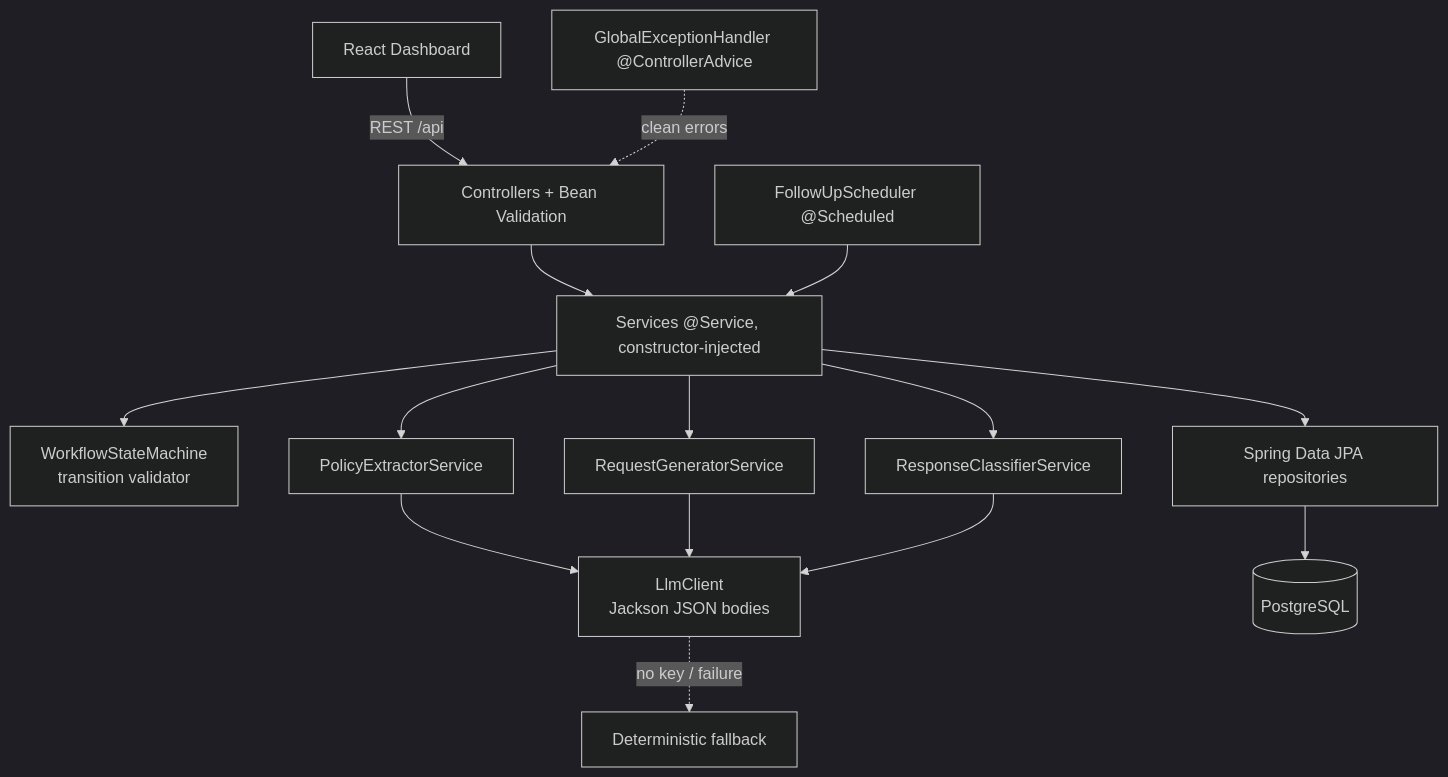
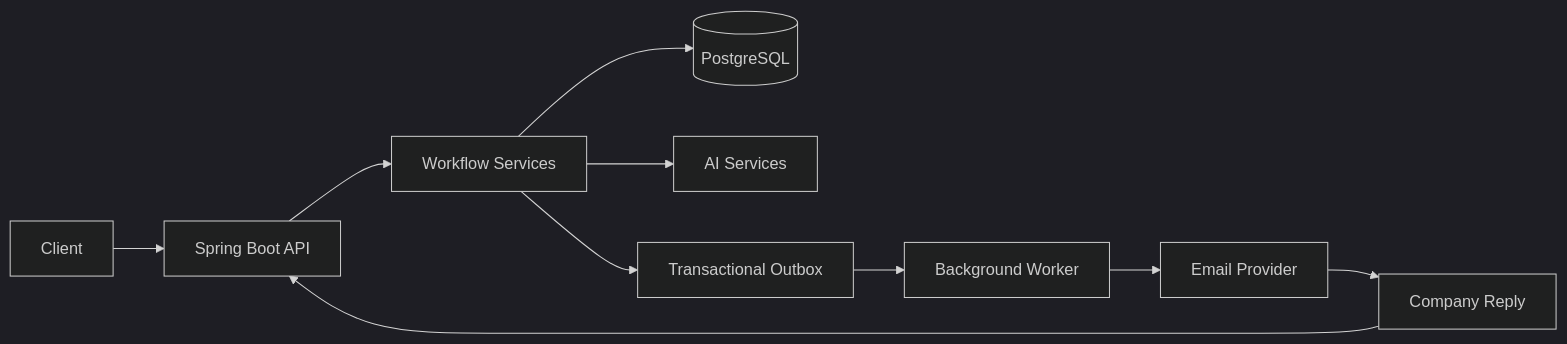
One commit to siyaadutta/privacy-pilot changed the diagram in README.md. Above: the diagram before and after it, drawn with Mermaid (dark theme). The commit also changed other lines of this file, not shown here.

````diff
--- a/README.md
+++ b/README.md
@@ -40,17 +24,14 @@
 ```mermaid
-flowchart TD
-    UI[React Dashboard] -->|REST /api| C[Controllers + Bean Validation]
-    C --> SVC[Services @Service, constructor-injected]
-    SVC --> SM[WorkflowStateMachine<br/>transition validator]
-    SVC --> AI1[PolicyExtractorService]
-    SVC --> AI2[RequestGeneratorService]
-    SVC --> AI3[ResponseClassifierService]
-    AI1 --> LLM[LlmClient<br/>Jackson JSON bodies]
-    AI2 --> LLM
-    AI3 --> LLM
-    LLM -.no key / failure.-> FB[Deterministic fallback]
-    SVC --> REPO[Spring Data JPA repositories]
-    REPO --> PG[(PostgreSQL)]
-    SCHED[FollowUpScheduler @Scheduled] --> SVC
-    GEH[GlobalExceptionHandler @ControllerAdvice] -.clean errors.-> C
+flowchart LR
+    Client --> API[Spring Boot API]
+    API --> Service[Workflow Services]
+    Service --> DB[(PostgreSQL)]
+
+    Service --> AI[AI Services]
+    Service --> Outbox[Transactional Outbox]
+    Outbox --> Worker[Background Worker]
+    Worker --> Email[Email Provider]
+
+    Email --> Reply[Company Reply]
+    Reply --> API
 ```
````
